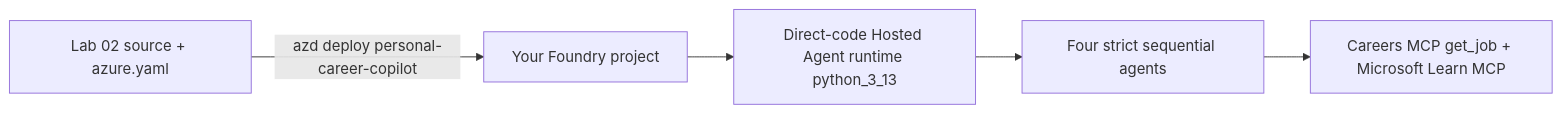
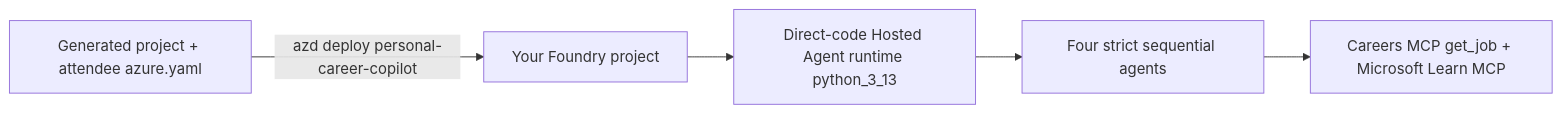
The diagram in workshop/lab02-multi-agent/docs/06-deploy-to-foundry.md (MinHeinA/Foundry_Toolkit_for_VSCode_Lab), drawn with Mermaid before and after one commit. The commit also changed other lines of this file and 645 other files, not shown here.

First line of the commit message:
refactor(lab02): scaffold attendee project during lab

````diff
--- a/workshop/lab02-multi-agent/docs/06-deploy-to-foundry.md
+++ b/workshop/lab02-multi-agent/docs/06-deploy-to-foundry.md
@@ -17,7 +17,7 @@
 ```mermaid
 flowchart LR
-    A["Lab 02 source + azure.yaml"] -->|"azd deploy personal-career-copilot"| B["Your Foundry project"]
+    A["Generated project + attendee azure.yaml"] -->|"azd deploy personal-career-copilot"| B["Your Foundry project"]
     B --> C["Direct-code Hosted Agent runtime python_3_13"]
     C --> D["Four strict sequential agents"]
     D --> E["Careers MCP get_job + Microsoft Learn MCP"]
 ```
````
